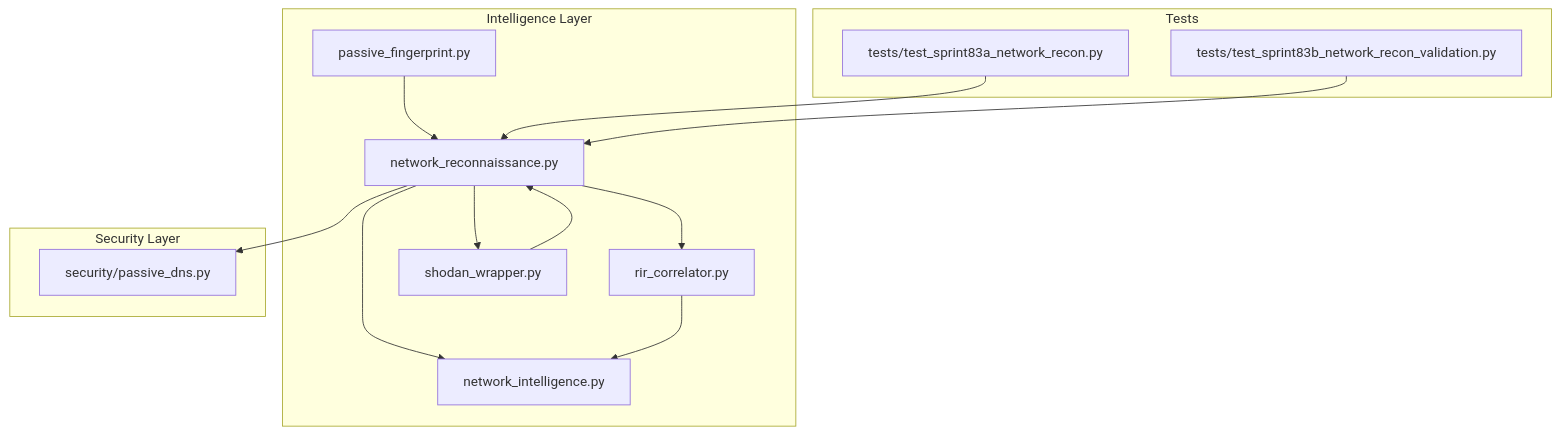
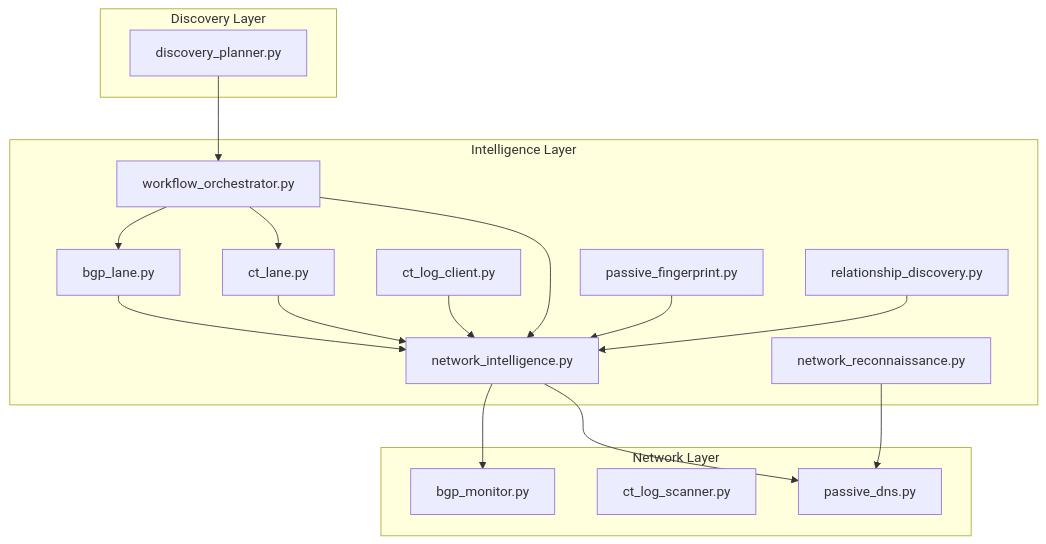
Before and after one commit to Hamulda/hledac-universal: the first of 9 diagrams in .qoder/repowiki/en/content/Intelligence Modules/Network Intelligence.md, drawn with Mermaid. The commit also changed other lines of this file and 236 other files, not shown here.

````diff
--- a/.qoder/repowiki/en/content/Intelligence Modules/Network Intelligence.md
+++ b/.qoder/repowiki/en/content/Intelligence Modules/Network Intelligence.md
@@ -39,26 +40,33 @@
 ```mermaid
 graph TB
 subgraph "Intelligence Layer"
 NI["network_intelligence.py"]
 NR["network_reconnaissance.py"]
+BL["bgp_lane.py"]
+CTL["ct_lane.py"]
+CTC["ct_log_client.py"]
+WF["workflow_orchestrator.py"]
 PF["passive_fingerprint.py"]
-RC["rir_correlator.py"]
-SW["shodan_wrapper.py"]
+RD["relationship_discovery.py"]
 end
-subgraph "Security Layer"
-PD["security/passive_dns.py"]
+subgraph "Network Layer"
+BM["bgp_monitor.py"]
+CTS["ct_log_scanner.py"]
+PD["passive_dns.py"]
 end
-subgraph "Tests"
-T1["tests/test_sprint83a_network_recon.py"]
-T2["tests/test_sprint83b_network_recon_validation.py"]
+subgraph "Discovery Layer"
+DP["discovery_planner.py"]
 end
-NR --> NI
+NI --> PD
+NI --> BM
 NR --> PD
-NR --> RC
-NR --> SW
-PF --> NR
-RC --> NI
-SW --> NR
-T1 --> NR
-T2 --> NR
+BL --> NI
+CTL --> NI
+CTC --> NI
+WF --> BL
+WF --> CTL
+WF --> NI
+DP --> WF
+PF --> NI
+RD --> NI
 ```
````
